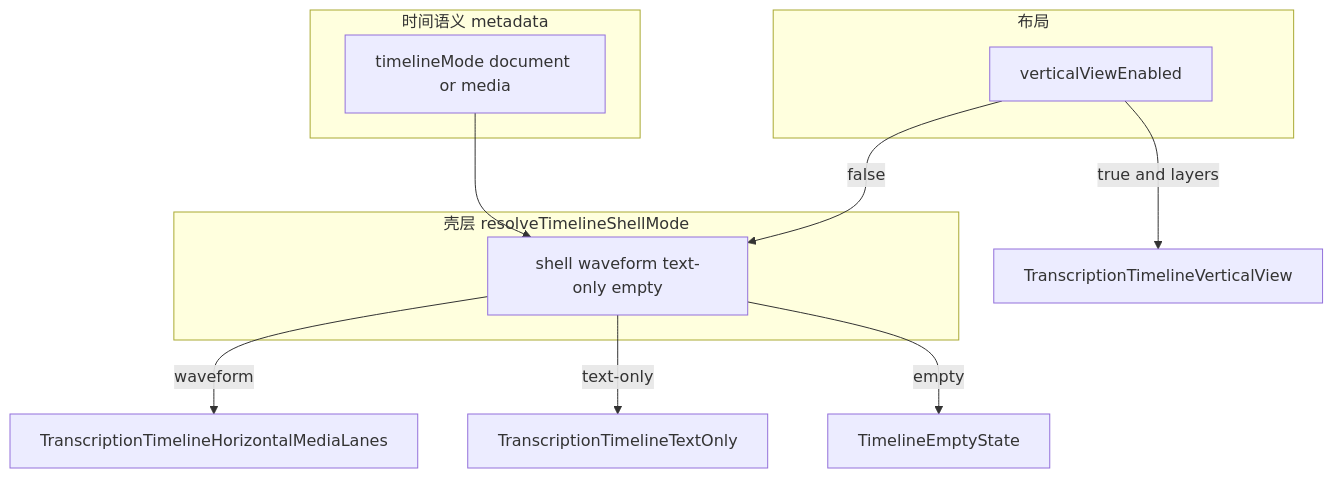
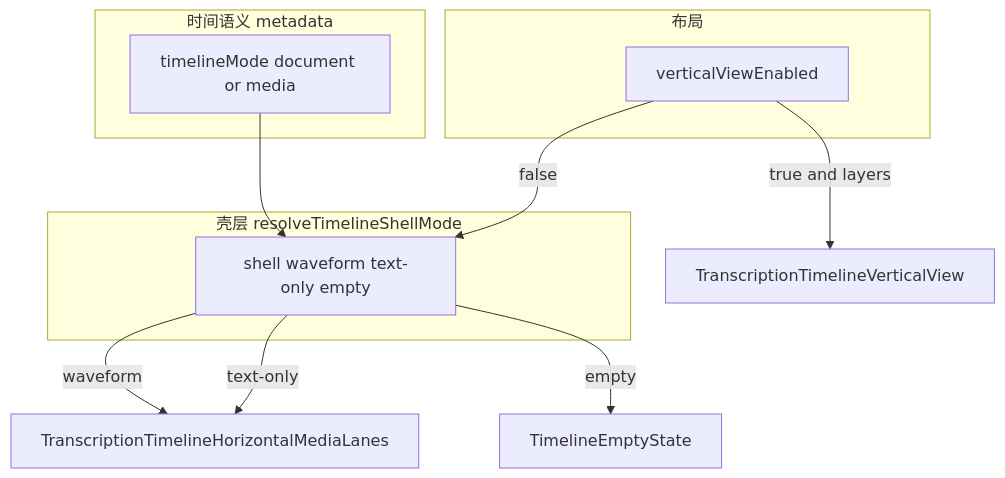
Before and after one commit to Abe-Junwei/Jieyu: the first of 2 diagrams in docs/execution/plans/模式架构与平级评估-2026-04-21.md, drawn with Mermaid. The commit also changed other lines of this file and 145 other files, not shown here.

First line of the commit message:
feat: timeline workspace host, parity matrix, and translation draft autosave

````diff
--- a/docs/execution/plans/模式架构与平级评估-2026-04-21.md
+++ b/docs/execution/plans/模式架构与平级评估-2026-04-21.md
@@ -40,18 +45,18 @@
 ```mermaid
 flowchart TD
   subgraph meta [时间语义 metadata]
     TM[timelineMode document or media]
   end
   subgraph layout [布局]
     VV[verticalViewEnabled]
   end
   subgraph shell [壳层 resolveTimelineShellMode]
     SH[shell waveform text-only empty]
   end
   TM --> SH
   VV -->|true and layers| TV[TranscriptionTimelineVerticalView]
   VV -->|false| SH
   SH -->|waveform| HM[TranscriptionTimelineHorizontalMediaLanes]
-  SH -->|text-only| TO[TranscriptionTimelineTextOnly]
+  SH -->|text-only| HM
   SH -->|empty| ES[TimelineEmptyState]
 ```
````
